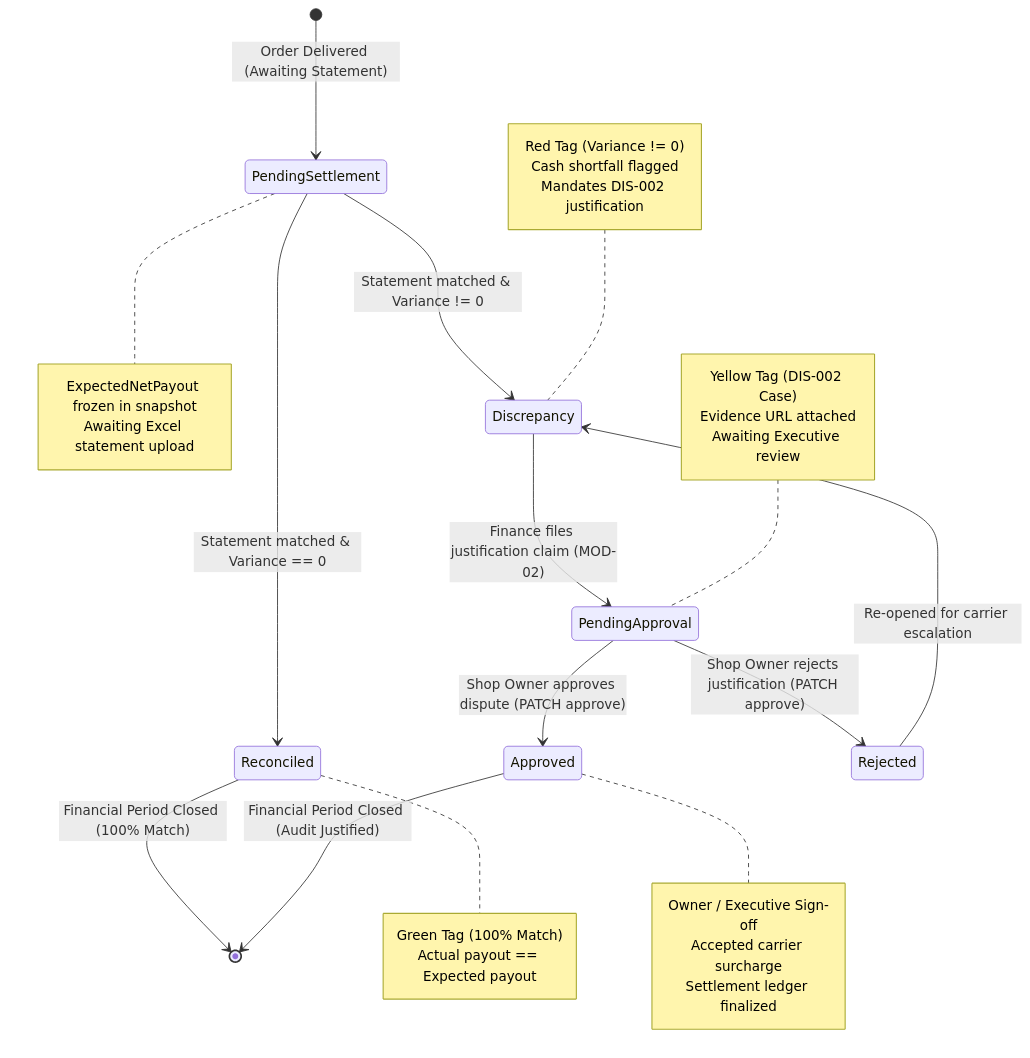
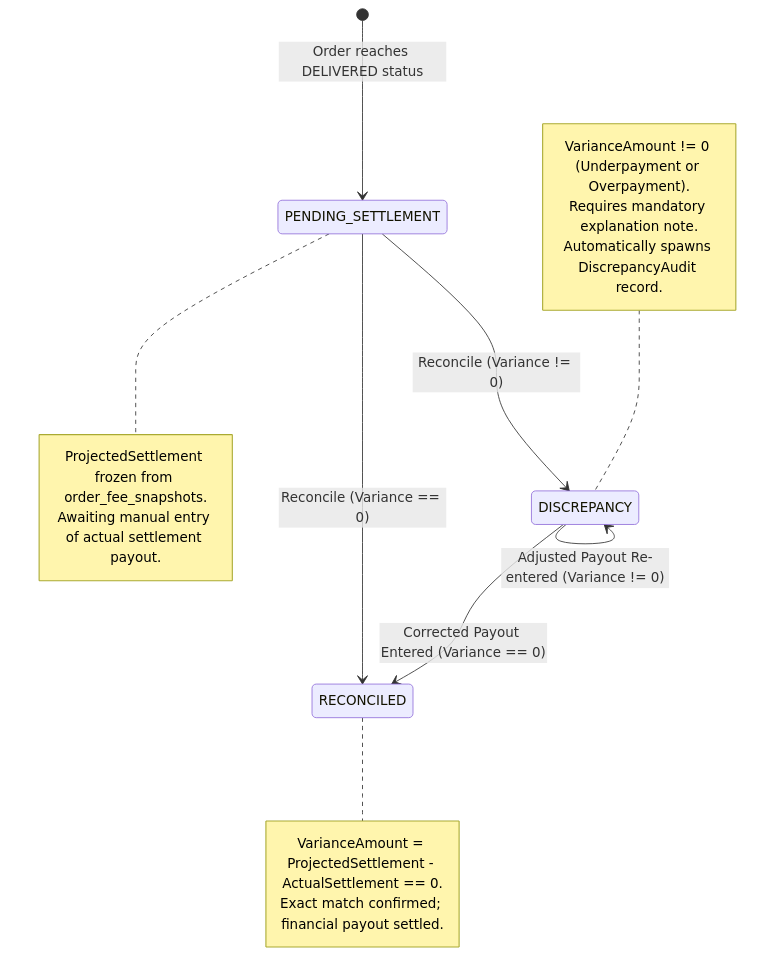
One commit to duchoa0405/Quanly_DoanhThu_LoiNhuan_DangDucHoa_VSF changed the second of 3 diagrams in docs/architecture/state_diagrams_en.md. Above: the diagram before and after it, drawn with Mermaid. The commit also changed other lines of this file and 15 other files, not shown here.

Commit message:
architecture Done class diagrams, sequence, state diagram

````diff
--- a/docs/architecture/state_diagrams_en.md
+++ b/docs/architecture/state_diagrams_en.md
@@ -73,47 +87,28 @@
 ```mermaid
 stateDiagram-v2
     direction TB
 
-    [*] --> PendingSettlement : Order Delivered (Awaiting Statement)
+    [*] --> PENDING_SETTLEMENT : Order reaches DELIVERED status
 
-    PendingSettlement --> Reconciled : Statement matched & Variance == 0
-    PendingSettlement --> Discrepancy : Statement matched & Variance != 0
+    PENDING_SETTLEMENT --> RECONCILED : Reconcile (Variance == 0)
+    PENDING_SETTLEMENT --> DISCREPANCY : Reconcile (Variance != 0)
 
-    Discrepancy --> PendingApproval : Finance files justification claim (MOD-02)
+    DISCREPANCY --> RECONCILED : Corrected Payout Entered (Variance == 0)
+    DISCREPANCY --> DISCREPANCY : Adjusted Payout Re-entered (Variance != 0)
 
-    PendingApproval --> Approved : Shop Owner approves dispute (PATCH approve)
-    PendingApproval --> Rejected : Shop Owner rejects justification (PATCH approve)
-
-    Rejected --> Discrepancy : Re-opened for carrier escalation
-
-    Reconciled --> [*] : Financial Period Closed (100% Match)
-    Approved --> [*] : Financial Period Closed (Audit Justified)
-
-    note right of PendingSettlement
-        ExpectedNetPayout frozen in snapshot
-        Awaiting Excel statement upload
+    note right of PENDING_SETTLEMENT
+        ProjectedSettlement frozen from order_fee_snapshots.
+        Awaiting manual entry of actual settlement payout.
     end note
 
-    note right of Reconciled
-        Green Tag (100% Match)
-        Actual payout == Expected payout
+    note right of RECONCILED
+        VarianceAmount = ProjectedSettlement - ActualSettlement == 0.
+        Exact match confirmed; financial payout settled.
     end note
 
-    note left of Discrepancy
-        Red Tag (Variance != 0)
-        Cash shortfall flagged
-        Mandates DIS-002 justification
-    end note
-
-    note left of PendingApproval
-        Yellow Tag (DIS-002 Case)
-        Evidence URL attached
-        Awaiting Executive review
-    end note
-
-    note right of Approved
-        Owner / Executive Sign-off
-        Accepted carrier surcharge
-        Settlement ledger finalized
+    note left of DISCREPANCY
+        VarianceAmount != 0 (Underpayment or Overpayment).
+        Requires mandatory explanation note.
+        Automatically spawns DiscrepancyAudit record.
     end note
 ```
````
